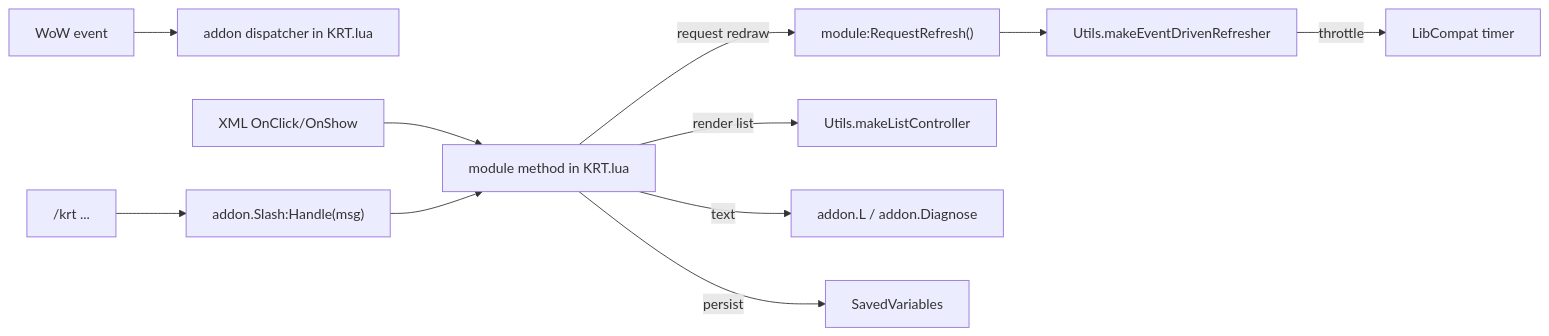
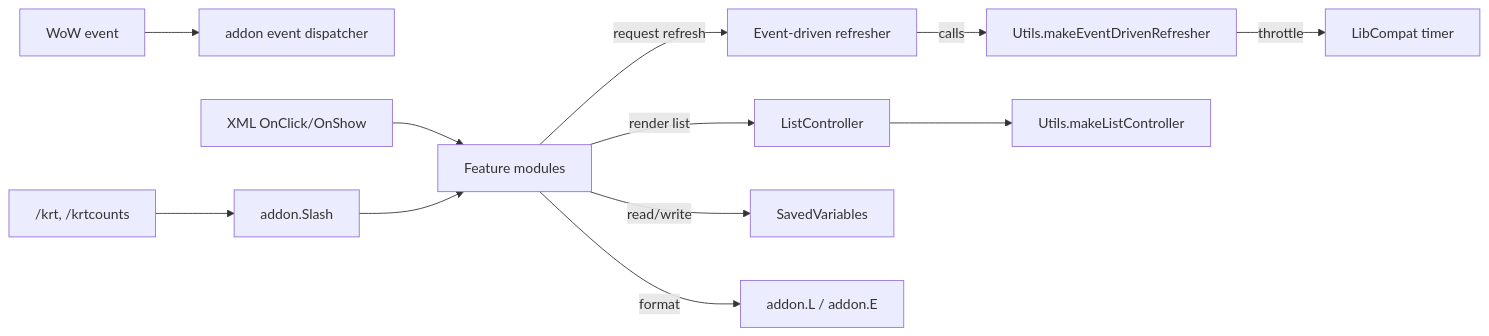
The second of 3 diagrams in OVERVIEW.md (sk1zzovsmx/KRT-improved), drawn with Mermaid before and after one commit. The commit also changed other lines of this file and 18 other files, not shown here.

Commit message:
feat(ui,hybrid): add HybridScrollFrame controller and migrate logger loot list

````diff
--- a/OVERVIEW.md
+++ b/OVERVIEW.md
@@ -133,14 +121,16 @@
 ```mermaid
 flowchart LR
-  W["WoW event"] --> EVT["addon dispatcher in KRT.lua"]
-  UI["XML OnClick/OnShow"] --> M["module method in KRT.lua"]
-  SL["/krt ..."] --> SC["addon.Slash:Handle(msg)"] --> M
+  W["WoW event"] --> EVT["addon event dispatcher"]
+  UI["XML OnClick/OnShow"] --> M["Feature modules"]
+  SL["/krt, /krtcounts"] --> Slash["addon.Slash"] --> M
 
-  M -->|request redraw| R["module:RequestRefresh()"]
-  R --> U["Utils.makeEventDrivenRefresher"]
+  M -->|request refresh| R["Event-driven refresher"]
+  R -->|calls| U["Utils.makeEventDrivenRefresher"]
   U -->|throttle| T["LibCompat timer"]
 
-  M -->|render list| LC["Utils.makeListController"]
-  M -->|text| L["addon.L / addon.Diagnose"]
-  M -->|persist| SV["SavedVariables"]
+  M -->|render list| LC["ListController"]
+  LC --> U2["Utils.makeListController"]
+
+  M -->|read/write| SV["SavedVariables"]
+  M -->|format| L["addon.L / addon.E"]
 ```
````
